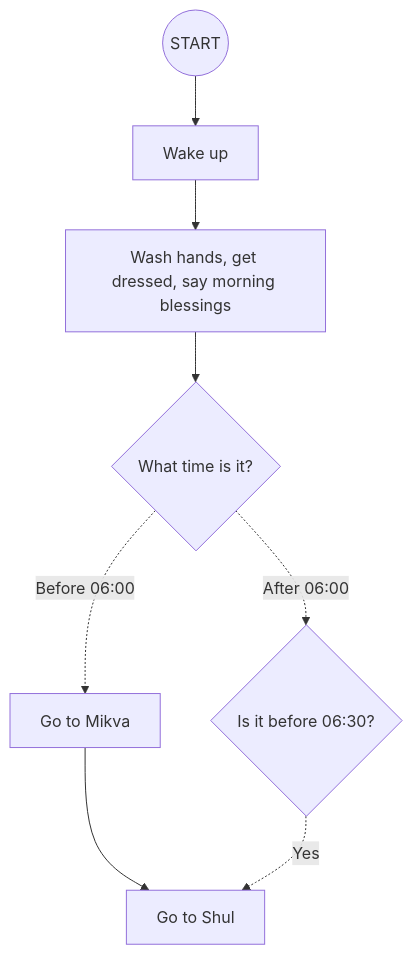
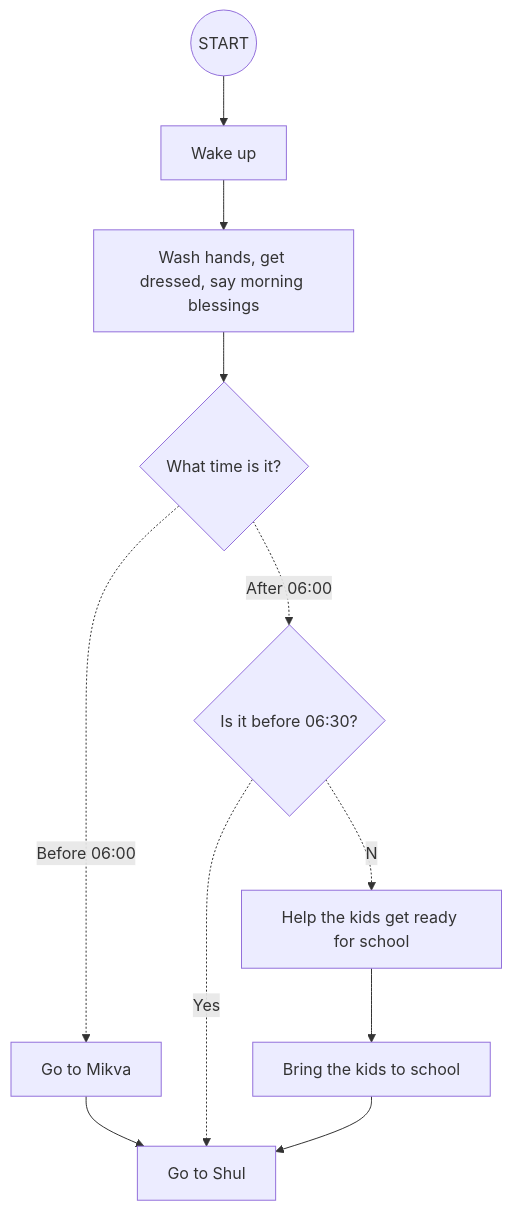
The diagram in Morning_Schedule_Flowchart.md (yusale9/student-showcase), drawn with Mermaid before and after one commit.

````diff
--- a/Morning_Schedule_Flowchart.md
+++ b/Morning_Schedule_Flowchart.md
@@ -2,11 +2,14 @@
 ```mermaid
 flowchart TD;
 
 A((START)) --> B[Wake up];
 B --> C[Wash hands, get dressed, say morning blessings];
 C --> D{What time is it?};
 D -.Before 06:00.-> E[Go to Mikva];
 D-.After 06:00.->F{Is it before 06:30?};
 E-->G[Go to Shul];
 F-.Yes.->G;
+F-.No.->H[Help the kids get ready for school];
+H-->I[Bring the kids to school];
+I-->G;
 ```
````
